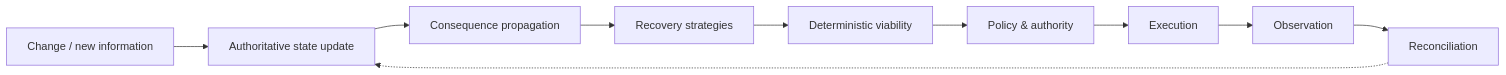
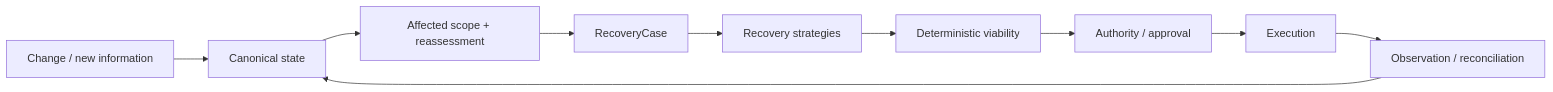
The diagram in README.md (dropandresetmain-prog/qoder-atlas), drawn with Mermaid before and after one commit. The commit also changed other lines of this file, not shown here.

````diff
--- a/README.md
+++ b/README.md
@@ -25,12 +30,12 @@
 ```mermaid
 flowchart LR
-  C["Change / new information"] --> S["Authoritative state update"]
-  S --> P["Consequence propagation"]
-  P --> R["Recovery strategies"]
+  C["Change / new information"] --> S["Canonical state"]
+  S --> P["Affected scope + reassessment"]
+  P --> RC["RecoveryCase"]
+  RC --> R["Recovery strategies"]
   R --> V["Deterministic viability"]
-  V --> A["Policy & authority"]
+  V --> A["Authority / approval"]
   A --> E["Execution"]
-  E --> O["Observation"]
-  O --> RC["Reconciliation"]
-  RC -.-> S
+  E --> O["Observation / reconciliation"]
+  O --> S
 ```
````
